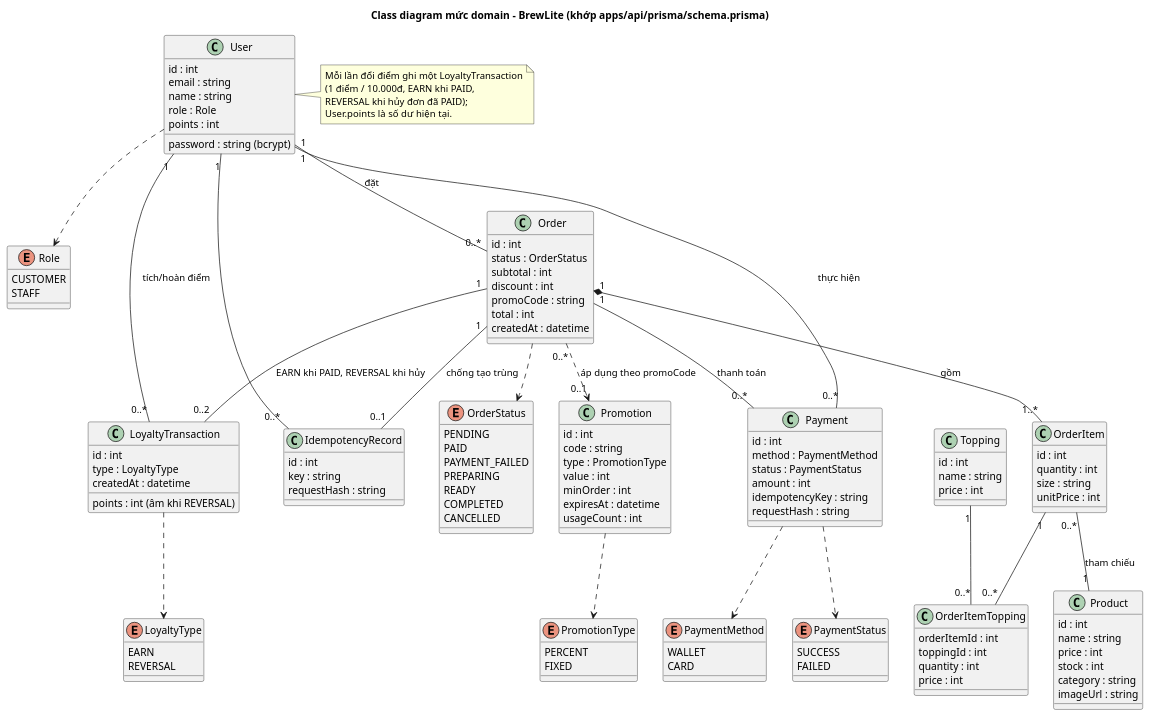
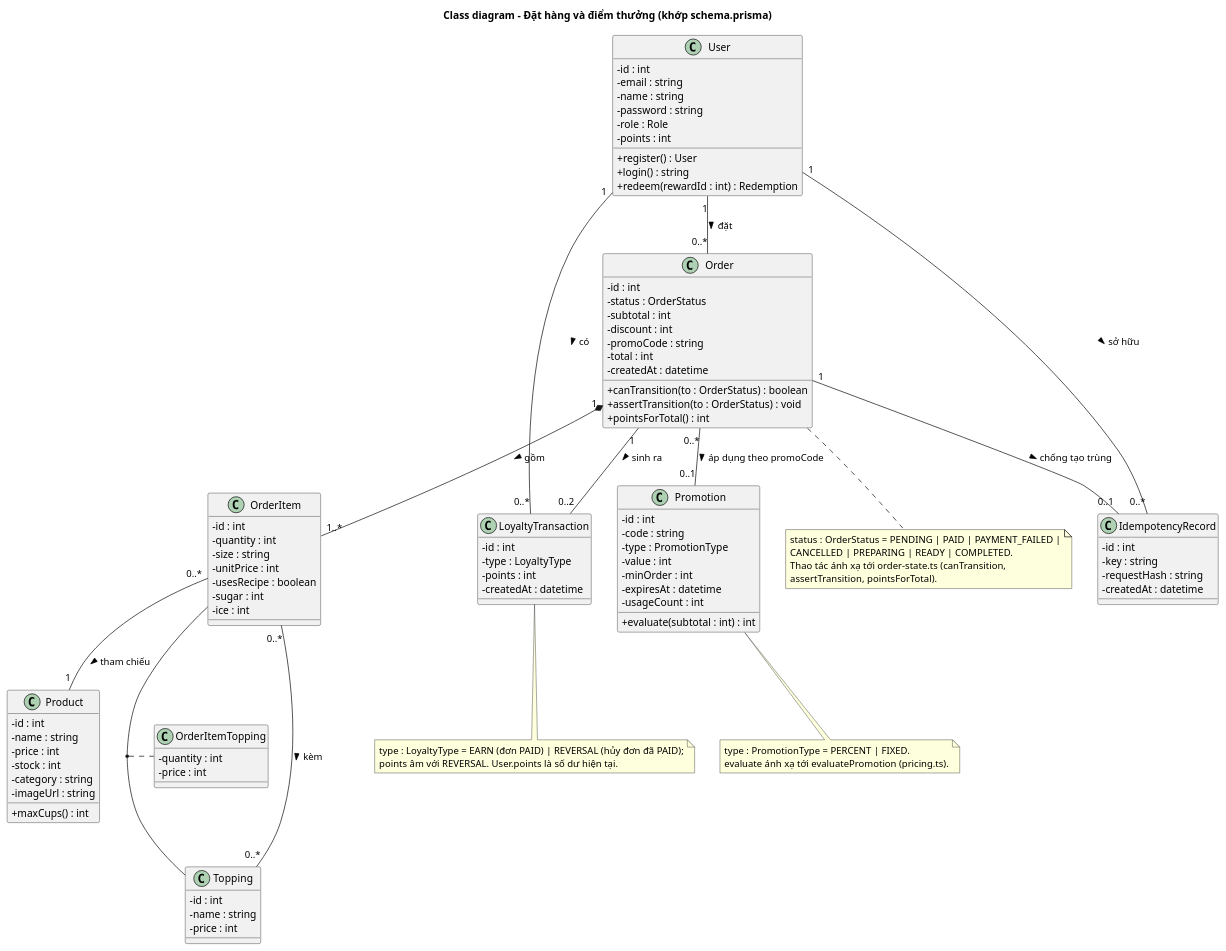
The diagram in docs/diagrams/class-domain.puml (tthan-prog/BrewLite), drawn with PlantUML before and after one commit. The commit also changed 227 other files, not shown here.

```diff
--- a/docs/diagrams/class-domain.puml
+++ b/docs/diagrams/class-domain.puml
@@ -1,132 +1,103 @@
 @startuml class-domain
-title Class diagram mức domain – BrewLite (khớp apps/api/prisma/schema.prisma)
+title Class diagram - Đặt hàng và điểm thưởng (khớp schema.prisma)
 skinparam shadowing false
 skinparam classAttributeIconSize 0
-
-enum Role {
-  CUSTOMER
-  STAFF
+class User {
+  - id : int
+  - email : string
+  - name : string
+  - password : string
+  - role : Role
+  - points : int
+  + register() : User
+  + login() : string
+  + redeem(rewardId : int) : Redemption
 }
-enum OrderStatus {
-  PENDING
-  PAID
-  PAYMENT_FAILED
-  PREPARING
-  READY
-  COMPLETED
-  CANCELLED
+class Product {
+  - id : int
+  - name : string
+  - price : int
+  - stock : int
+  - category : string
+  - imageUrl : string
+  + maxCups() : int
 }
-enum PaymentMethod {
-  WALLET
-  CARD
+class Topping {
+  - id : int
+  - name : string
+  - price : int
 }
-enum PaymentStatus {
-  SUCCESS
-  FAILED
+class Order {
+  - id : int
+  - status : OrderStatus
+  - subtotal : int
+  - discount : int
+  - promoCode : string
+  - total : int
+  - createdAt : datetime
+  + canTransition(to : OrderStatus) : boolean
+  + assertTransition(to : OrderStatus) : void
+  + pointsForTotal() : int
 }
-enum PromotionType {
-  PERCENT
-  FIXED
+class OrderItem {
+  - id : int
+  - quantity : int
+  - size : string
+  - unitPrice : int
+  - usesRecipe : boolean
+  - sugar : int
+  - ice : int
 }
-enum LoyaltyType {
-  EARN
-  REVERSAL
+class OrderItemTopping {
+  - quantity : int
+  - price : int
+}
+class Promotion {
+  - id : int
+  - code : string
+  - type : PromotionType
+  - value : int
+  - minOrder : int
+  - expiresAt : datetime
+  - usageCount : int
+  + evaluate(subtotal : int) : int
+}
+class LoyaltyTransaction {
+  - id : int
+  - type : LoyaltyType
+  - points : int
+  - createdAt : datetime
+}
+class IdempotencyRecord {
+  - id : int
+  - key : string
+  - requestHash : string
+  - createdAt : datetime
 }
 
+User "1" -- "0..*" Order : đặt >
+Order "1" *-- "1..*" OrderItem : gồm >
+OrderItem "0..*" -- "1" Product : tham chiếu >
+(OrderItem, Topping) .. OrderItemTopping
+OrderItem "0..*" -- "0..*" Topping : kèm >
+Order "0..*" -- "0..1" Promotion : áp dụng theo promoCode >
+User "1" -- "0..*" LoyaltyTransaction : có >
+Order "1" -- "0..2" LoyaltyTransaction : sinh ra >
+Order "1" -- "0..1" IdempotencyRecord : chống tạo trùng >
+User "1" -- "0..*" IdempotencyRecord : sở hữu >
 
-class User {
-  id : int
-  email : string
-  name : string
-  password : string (bcrypt)
-  role : Role
-  points : int
-}
-class Product {
-  id : int
-  name : string
-  price : int
-  stock : int
-  category : string
-  imageUrl : string
-}
-class Topping {
-  id : int
-  name : string
-  price : int
-}
-class Order {
-  id : int
-  status : OrderStatus
-  subtotal : int
-  discount : int
-  promoCode : string
-  total : int
-  createdAt : datetime
-}
-class OrderItem {
-  id : int
-  quantity : int
-  size : string
-  unitPrice : int
-}
-class OrderItemTopping {
-  orderItemId : int
-  toppingId : int
-  quantity : int
-  price : int
-}
-class Payment {
-  id : int
-  method : PaymentMethod
-  status : PaymentStatus
-  amount : int
-  idempotencyKey : string
-  requestHash : string
-}
-class Promotion {
-  id : int
-  code : string
-  type : PromotionType
-  value : int
-  minOrder : int
-  expiresAt : datetime
-  usageCount : int
-}
-class LoyaltyTransaction {
-  id : int
-  type : LoyaltyType
-  points : int (âm khi REVERSAL)
-  createdAt : datetime
-}
-class IdempotencyRecord {
-  id : int
-  key : string
-  requestHash : string
-}
-
-User "1" -- "0..*" Order : đặt
-Order "1" *-- "1..*" OrderItem : gồm
-OrderItem "0..*" -- "1" Product : tham chiếu
-OrderItem "1" -- "0..*" OrderItemTopping
-Topping "1" -- "0..*" OrderItemTopping
-Order "1" -- "0..*" Payment : thanh toán
-Order "0..*" ..> "0..1" Promotion : áp dụng theo promoCode
-User "1" -- "0..*" Payment : thực hiện
-User "1" -- "0..*" LoyaltyTransaction : tích/hoàn điểm
-Order "1" -- "0..2" LoyaltyTransaction : EARN khi PAID, REVERSAL khi hủy
-User "1" -- "0..*" IdempotencyRecord
-Order "1" -- "0..1" IdempotencyRecord : chống tạo trùng
-User ..> Role
-Order ..> OrderStatus
-Payment ..> PaymentStatus
-Payment ..> PaymentMethod
-Promotion ..> PromotionType
-LoyaltyTransaction ..> LoyaltyType
-note right of User
-  Mỗi lần đổi điểm ghi một LoyaltyTransaction
-  (1 điểm / 10.000đ, EARN khi PAID,
-  REVERSAL khi hủy đơn đã PAID);
-  User.points là số dư hiện tại.
+note bottom of Order
+  status : OrderStatus = PENDING | PAID | PAYMENT_FAILED |
+  CANCELLED | PREPARING | READY | COMPLETED.
+  Thao tác ánh xạ tới order-state.ts (canTransition,
+  assertTransition, pointsForTotal).
+end note
+note bottom of LoyaltyTransaction
+  type : LoyaltyType = EARN (đơn PAID) | REVERSAL (hủy đơn đã PAID);
+  points âm với REVERSAL. User.points là số dư hiện tại.
+end note
+note bottom of Promotion
+  type : PromotionType = PERCENT | FIXED.
+  evaluate ánh xạ tới evaluatePromotion (pricing.ts).
 end note
 @enduml
```
